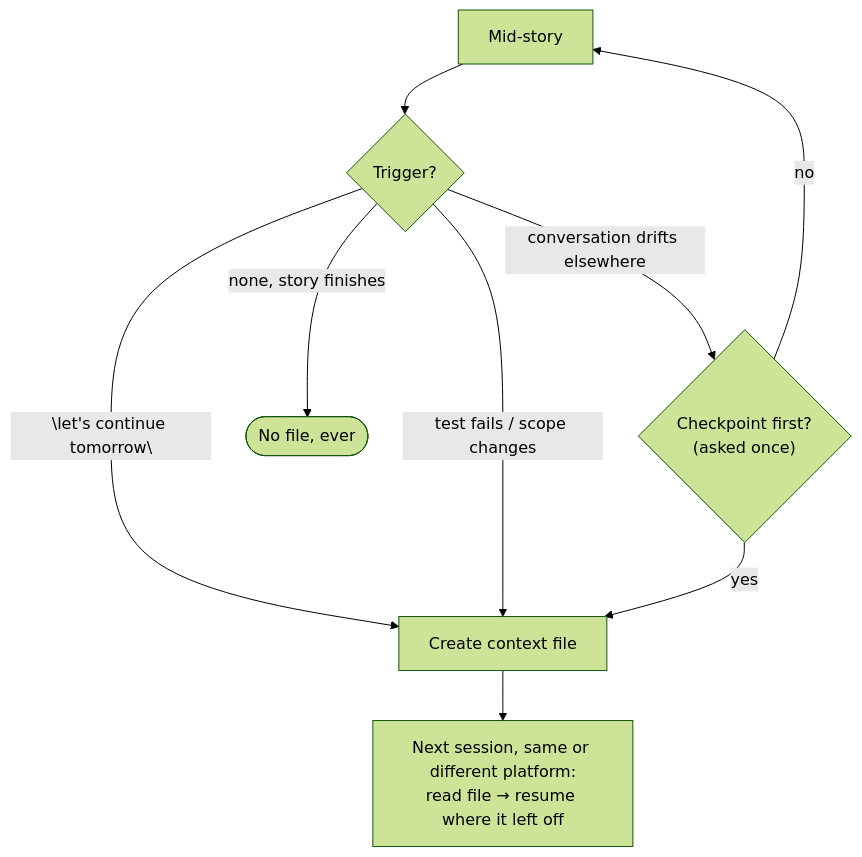
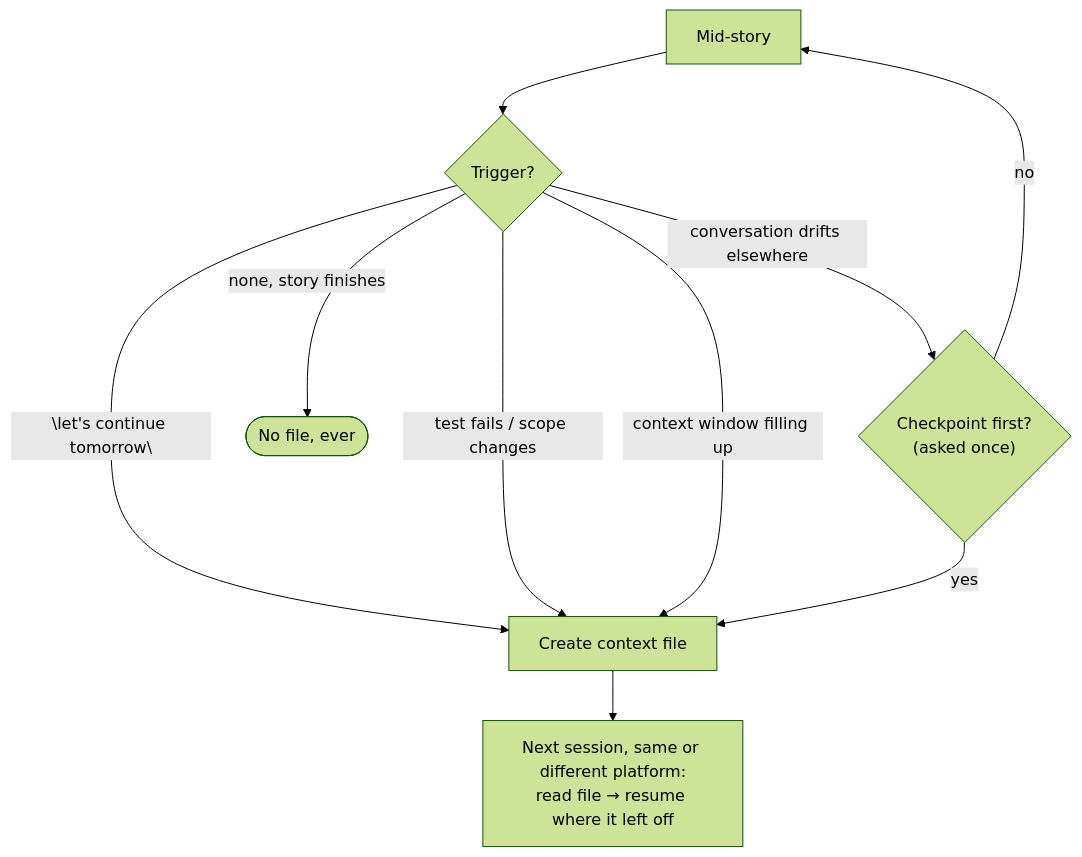
The second of 2 diagrams in README.md (alias01/breadcrumbs), drawn with Mermaid (forest theme) before and after one commit. The commit also changed other lines of this file and 13 other files, not shown here.

````diff
--- a/README.md
+++ b/README.md
@@ -48,12 +48,13 @@
 ```mermaid
 flowchart TD
     W[Mid-story] --> Trig{Trigger?}
     Trig -- "\"let's continue tomorrow\"" --> C[Create context file]
     Trig -- "test fails / scope changes" --> C
+    Trig -- "context window filling up" --> C
     Trig -- "conversation drifts elsewhere" --> Ask{"Checkpoint first?<br/>(asked once)"}
     Ask -- yes --> C
     Ask -- no --> W
     Trig -- none, story finishes --> None([No file, ever])
 
     C --> R["Next session, same or different platform:<br/>read file → resume where it left off"]
 ```
````
